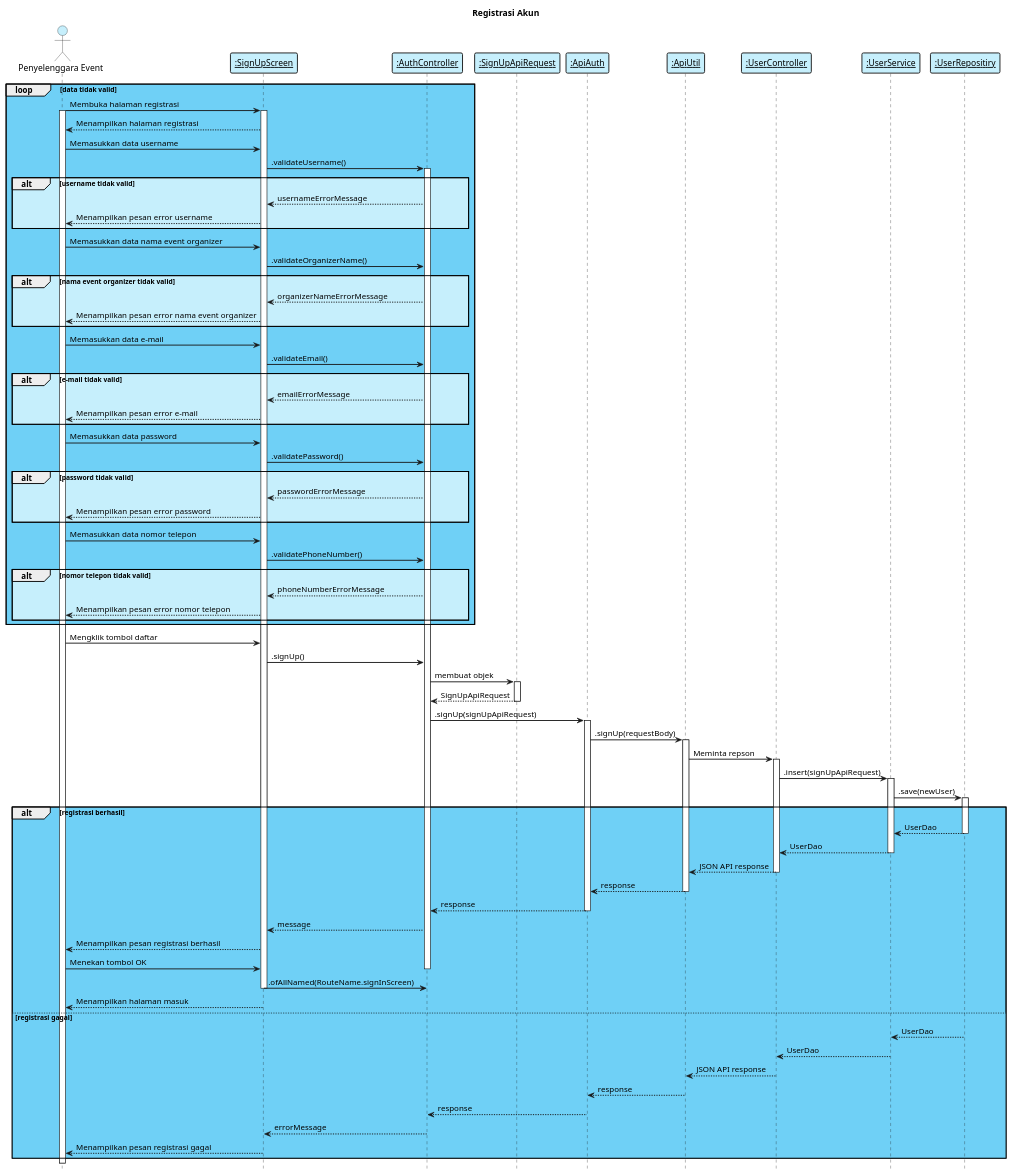
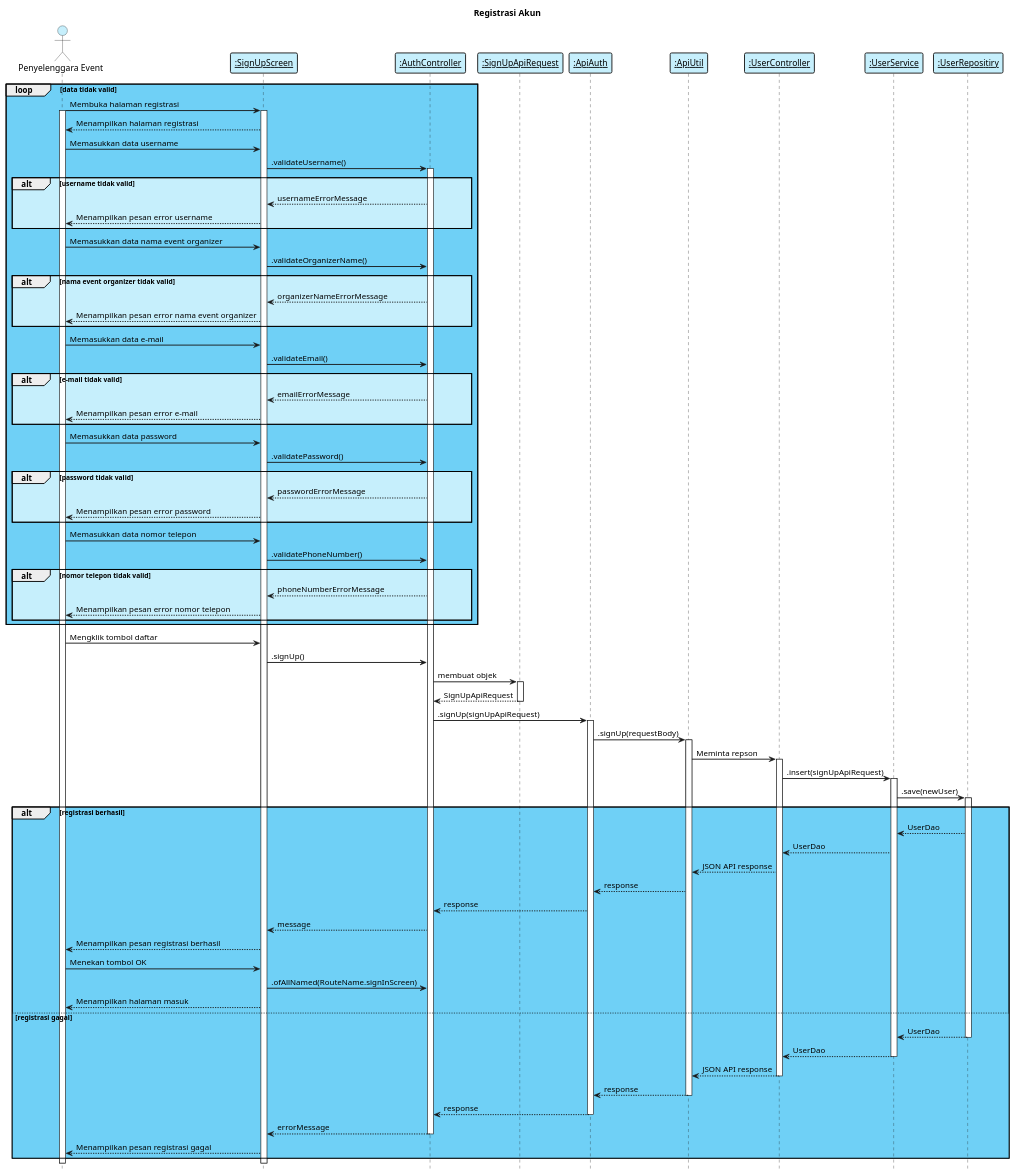
One commit to irfanfarras10/myevent-diagram changed the diagram in Sequence Diagram/sequence_diagram_registrasi_akun.wsd. Above: the diagram before and after it, drawn with PlantUML.

Commit message:
fixup diagram activation

```diff
--- a/Sequence Diagram/sequence_diagram_registrasi_akun.wsd
+++ b/Sequence Diagram/sequence_diagram_registrasi_akun.wsd
@@ -1,110 +1,110 @@
 @startuml "sequence_diagram_registrasi_akun"
 
     title "Registrasi Akun"
     hide footbox
     skinparam  shadowing false
 
     skinparam sequence {    
         ArrowThickness 1.5
         ActorFontName Century Gothic
         ActorBackgroundColor  #C6EFFC
         ArrowFontName Century Gothic
         ParticipantBorderThickness 1.5
         ParticipantBackgroundColor #C6EFFC
     }
 
     ' frontend component
     actor "Penyelenggara Event" as eo
     participant "__:SignUpScreen__" as view1
     participant "__:AuthController__" as controller1
     participant "__:SignUpApiRequest__" as model1
     participant "__:ApiAuth__" as util1
     participant "__:ApiUtil__" as util2
     ' backend component
     participant "__:UserController__" as controller2
     participant "__:UserService__" as service1
     participant "__:UserRepositiry__" as repository1
  
     loop #6fd0f6  data tidak valid
         eo -> view1: Membuka halaman registrasi
         activate eo
         activate view1
         view1 --> eo: Menampilkan halaman registrasi
         eo -> view1: Memasukkan data username
         view1 -> controller1: .validateUsername()
         activate controller1
         alt #C6EFFC username tidak valid
             controller1 --> view1: usernameErrorMessage
             view1 --> eo: Menampilkan pesan error username
         end
         eo -> view1: Memasukkan data nama event organizer
         view1 -> controller1: .validateOrganizerName()
         alt #C6EFFC nama event organizer tidak valid
             controller1 --> view1: organizerNameErrorMessage
             view1 --> eo: Menampilkan pesan error nama event organizer
         end
         eo -> view1: Memasukkan data e-mail
         view1 -> controller1: .validateEmail()
         alt #C6EFFC e-mail tidak valid
             controller1 --> view1: emailErrorMessage
             view1 --> eo: Menampilkan pesan error e-mail
         end
         eo -> view1: Memasukkan data password
         view1 -> controller1: .validatePassword()
         alt #C6EFFC password tidak valid
             controller1 --> view1: passwordErrorMessage
             view1 --> eo: Menampilkan pesan error password
         end
         eo -> view1: Memasukkan data nomor telepon
         view1 -> controller1: .validatePhoneNumber()
         alt #C6EFFC nomor telepon tidak valid
             controller1 --> view1: phoneNumberErrorMessage
             view1 --> eo: Menampilkan pesan error nomor telepon
         end
     end 
     eo -> view1: Mengklik tombol daftar
     view1 -> controller1: .signUp()
     controller1 -> model1: membuat objek
     activate model1
     model1 --> controller1: SignUpApiRequest
     deactivate model1
     controller1 -> util1: .signUp(signUpApiRequest)
     activate util1
     util1 -> util2: .signUp(requestBody)
     activate util2
 
     util2 -> controller2: Meminta repson
     activate controller2
     controller2 -> service1: .insert(signUpApiRequest)
     activate service1
     service1 -> repository1: .save(newUser)
     activate repository1
     alt #6fd0f6 registrasi berhasil
         repository1 --> service1: UserDao
+        service1 --> controller2: UserDao
+        controller2 --> util2: JSON API response
+        util2 --> util1: response
+        util1 --> controller1: response
+        controller1 --> view1: message
+        view1 --> eo: Menampilkan pesan registrasi berhasil
+        eo -> view1: Menekan tombol OK
+        view1 -> controller1: .ofAllNamed(RouteName.signInScreen)
+        view1 --> eo: Menampilkan halaman masuk
+      
+    else registrasi gagal
+        repository1 --> service1: UserDao
         deactivate
         service1 --> controller2: UserDao
         deactivate
         controller2 --> util2: JSON API response
         deactivate
         util2 --> util1: response
         deactivate
         util1 --> controller1: response
         deactivate
-        controller1 --> view1: message
-        view1 --> eo: Menampilkan pesan registrasi berhasil
-        eo -> view1: Menekan tombol OK
+        controller1 --> view1: errorMessage
         deactivate
-        view1 -> controller1: .ofAllNamed(RouteName.signInScreen)
-        deactivate
-        view1 --> eo: Menampilkan halaman masuk
-    else registrasi gagal
-        repository1 --> service1: UserDao
-        service1 --> controller2: UserDao
-        controller2 --> util2: JSON API response
-        util2 --> util1: response
-        util1 --> controller1: response
-        controller1 --> view1: errorMessage
         view1 --> eo: Menampilkan pesan registrasi gagal    
     end 
 
 @enduml
```
